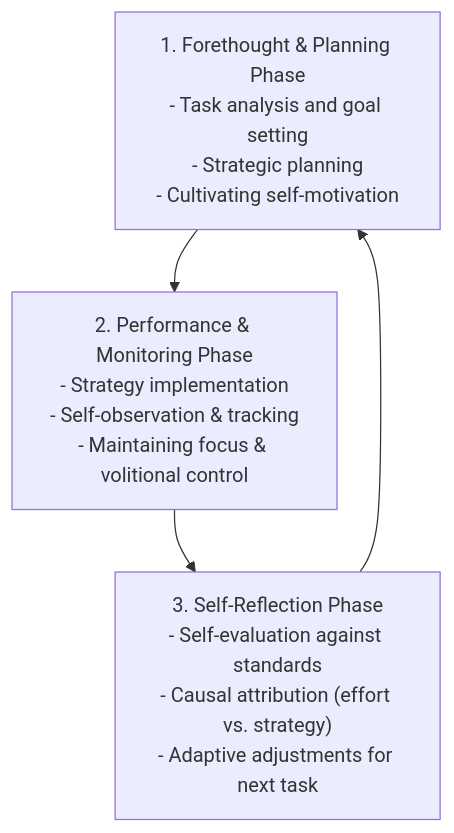
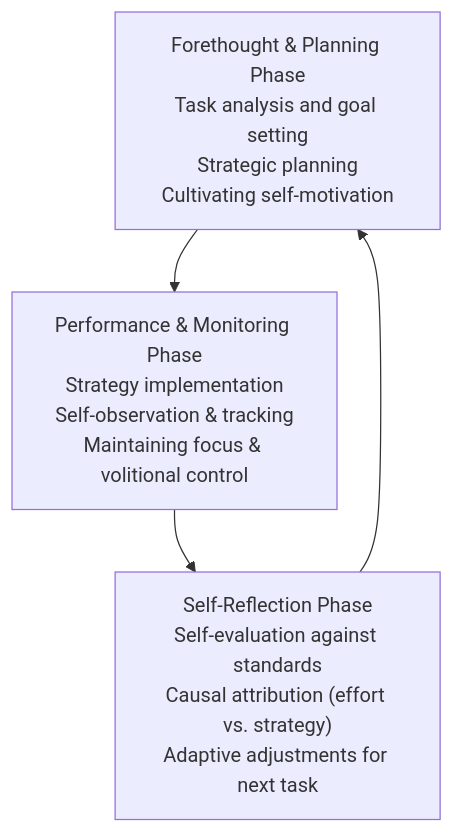
The third of 5 diagrams in content/Year 1/Understanding the Self/11. Learning to be a Better Student.md (aidocmr/learn-bscs), drawn with Mermaid before and after one commit. The commit also changed other lines of this file and 20 other files, not shown here.

First line of the commit message:
fix: Remove markdown lists and numbered prefixes from all Mermaid diagrams

````diff
--- a/content/Year 1/Understanding the Self/11. Learning to be a Better Student.md
+++ b/content/Year 1/Understanding the Self/11. Learning to be a Better Student.md
@@ -59,6 +59,6 @@
 ```mermaid
 flowchart TD
-    Phase1["1. Forethought & Planning Phase<br/>- Task analysis and goal setting<br/>- Strategic planning<br/>- Cultivating self-motivation"] --> Phase2["2. Performance & Monitoring Phase<br/>- Strategy implementation<br/>- Self-observation & tracking<br/>- Maintaining focus & volitional control"]
-    Phase2 --> Phase3["3. Self-Reflection Phase<br/>- Self-evaluation against standards<br/>- Causal attribution (effort vs. strategy)<br/>- Adaptive adjustments for next task"]
+    Phase1["Forethought & Planning Phase<br/>Task analysis and goal setting<br/>Strategic planning<br/>Cultivating self-motivation"] --> Phase2["Performance & Monitoring Phase<br/>Strategy implementation<br/>Self-observation & tracking<br/>Maintaining focus & volitional control"]
+    Phase2 --> Phase3["Self-Reflection Phase<br/>Self-evaluation against standards<br/>Causal attribution (effort vs. strategy)<br/>Adaptive adjustments for next task"]
     Phase3 --> Phase1
 ```
````
